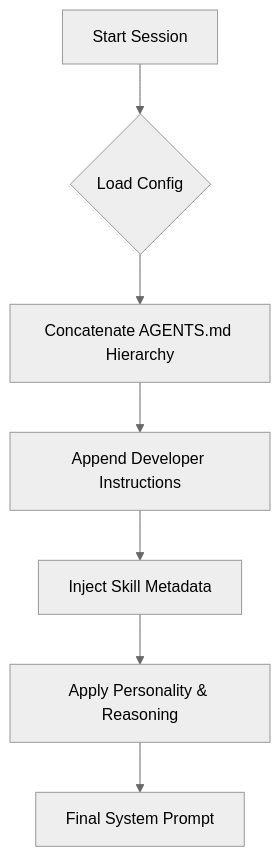
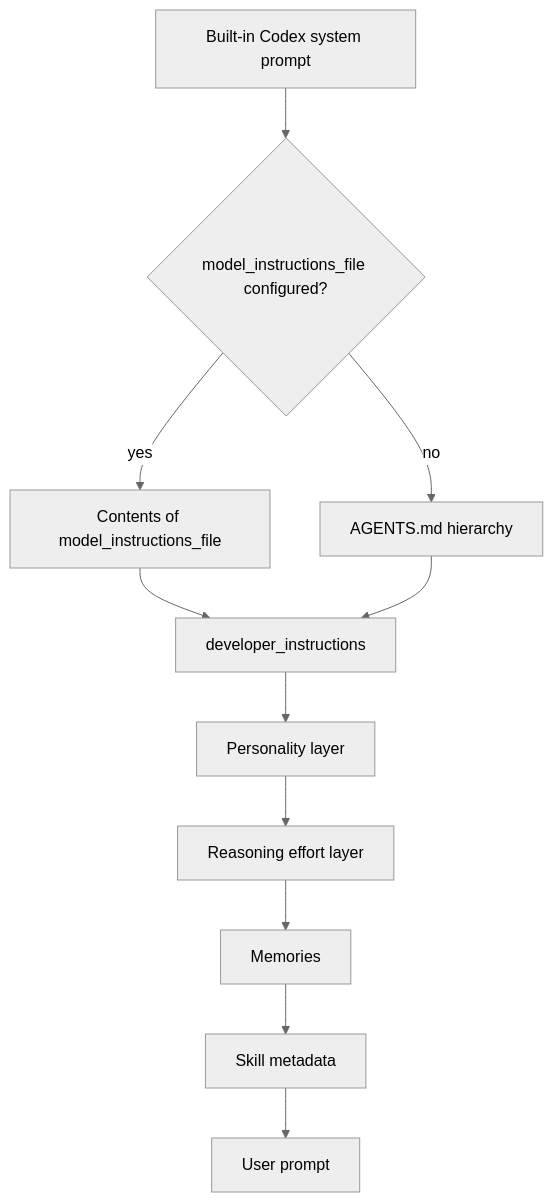
Before and after one commit to yankeeinlondon/rusty-biscuit: the diagram in claudine/docs/research/system-prompt/codex.md, drawn with Mermaid (neutral theme). The commit also changed other lines of this file and 9 other files, not shown here.

First line of the commit message:
docs(claudine): expand system-prompt fleet with new providers

````diff
--- a/claudine/docs/research/system-prompt/codex.md
+++ b/claudine/docs/research/system-prompt/codex.md
@@ -75,9 +304,13 @@
 ```mermaid
 graph TD
-    A[Start Session] --> B{Load Config}
-    B --> C[Concatenate AGENTS.md Hierarchy]
-    C --> D[Append Developer Instructions]
-    D --> E[Inject Skill Metadata]
-    E --> F[Apply Personality & Reasoning]
-    F --> G[Final System Prompt]
+    A[Built-in Codex system prompt] --> B{model_instructions_file configured?}
+    B -- yes --> C[Contents of model_instructions_file]
+    B -- no --> D[AGENTS.md hierarchy]
+    C --> E[developer_instructions]
+    D --> E
+    E --> F[Personality layer]
+    F --> G[Reasoning effort layer]
+    G --> H[Memories]
+    H --> I[Skill metadata]
+    I --> J[User prompt]
 ```
````
